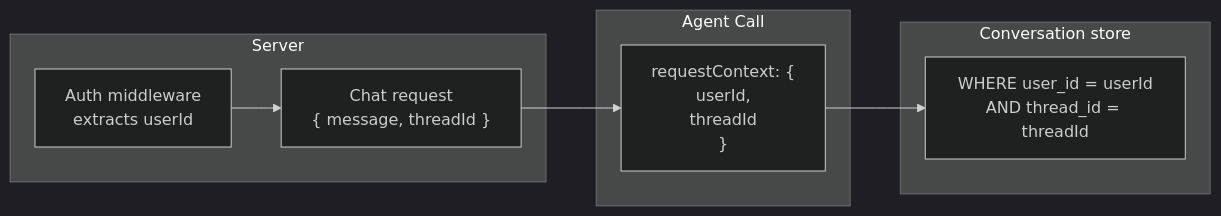
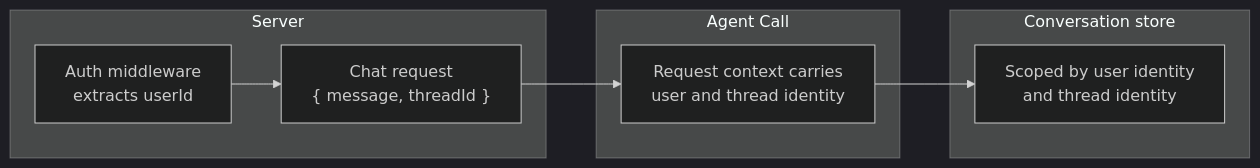
The fourth of 34 diagrams in plan/07-memory.md (1qh/safeagent), drawn with Mermaid (dark theme) before and after one commit. The commit also changed other lines of this file, not shown here.

Commit message:
fix last SQL-in-Mermaid violations in 07-memory.md

````diff
--- a/plan/07-memory.md
+++ b/plan/07-memory.md
@@ -200,19 +200,19 @@
 ```mermaid
 flowchart LR
     subgraph SERVER_LAYER["Server"]
         AUTH_LAYER["Auth middleware\nextracts userId"]
         CHAT_ROUTE["Chat request\n{ message, threadId }"]
     end
 
     subgraph AGENT_CALL["Agent Call"]
-        REQUEST_CONTEXT["requestContext: {\n  userId,\n  threadId\n}"]
+        REQUEST_CONTEXT["Request context carries\nuser and thread identity"]
     end
 
     subgraph DB_SCOPE["Conversation store"]
-        THREAD_QUERY_SCOPE["WHERE user_id = userId\nAND thread_id = threadId"]
+        THREAD_QUERY_SCOPE["Scoped by user identity\nand thread identity"]
     end
 
     AUTH_LAYER --> CHAT_ROUTE
     CHAT_ROUTE --> REQUEST_CONTEXT
     REQUEST_CONTEXT --> THREAD_QUERY_SCOPE
 ```
````
